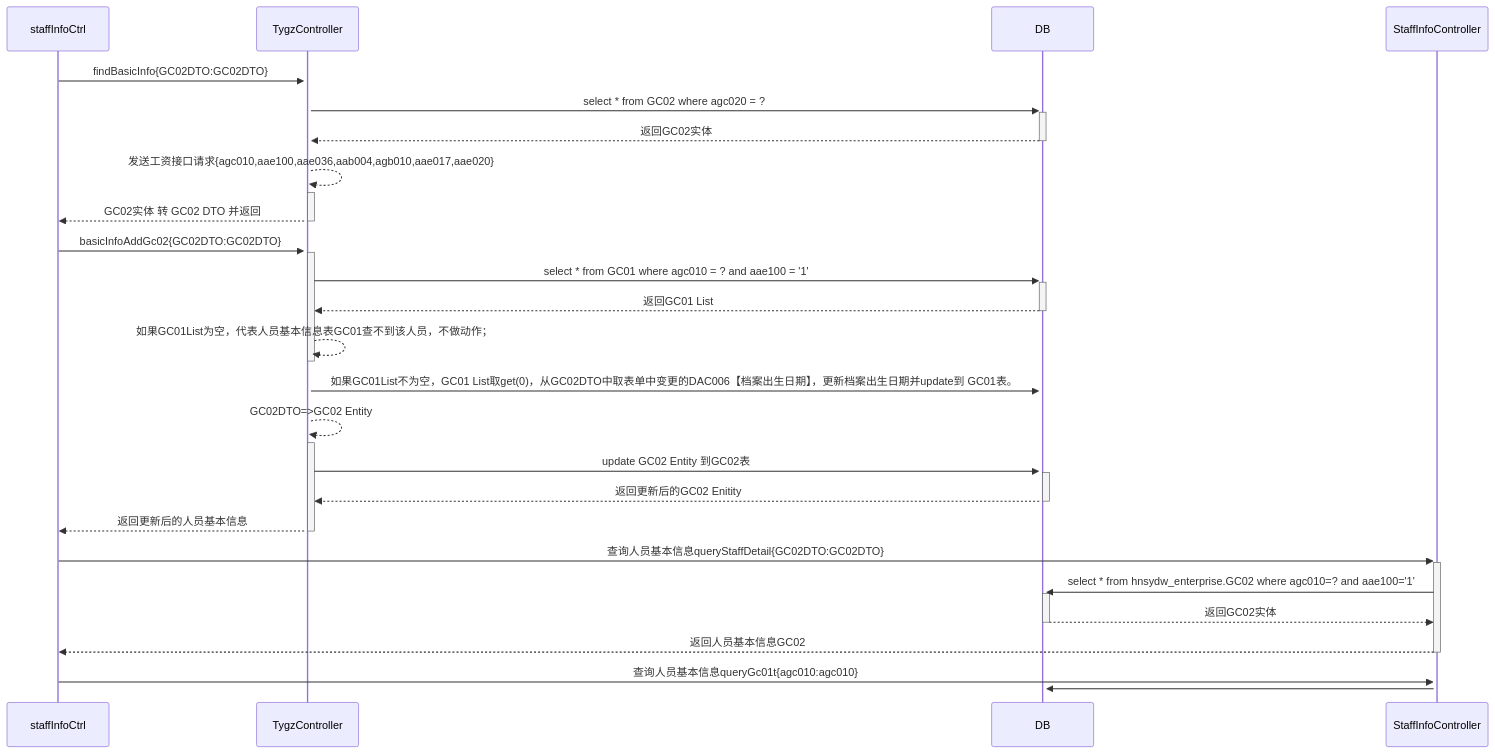
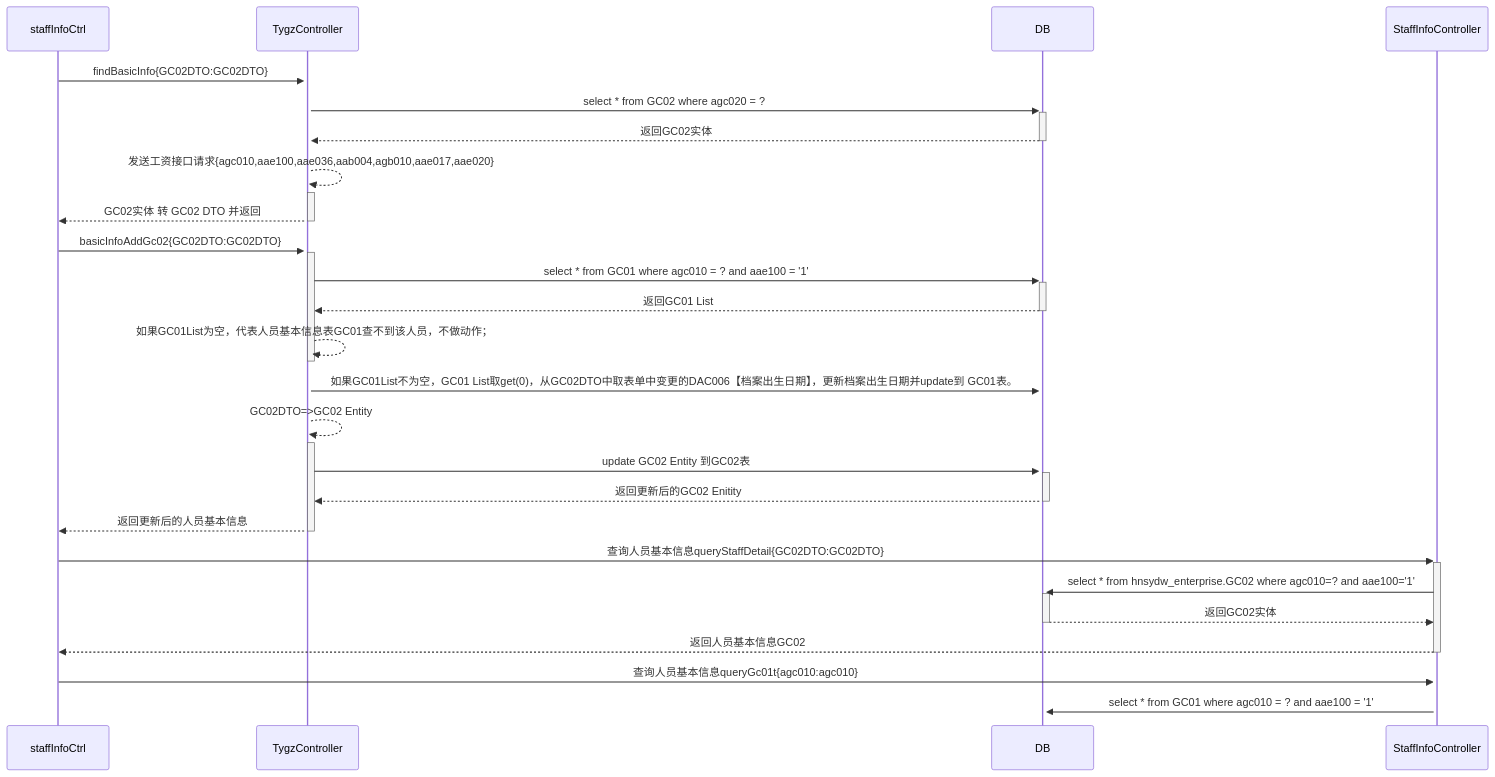
Before and after one commit to ZhangJianBeiJing/iodraw-files: the diagram in all/保存按钮调用业务流程.md, drawn with Mermaid.

Commit message:
2025-03-24 18:41:42 update

````diff
--- a/all/保存按钮调用业务流程.md
+++ b/all/保存按钮调用业务流程.md
@@ -1,25 +1,26 @@
 ```mermaid
 sequenceDiagram
     staffInfoCtrl->>+TygzController:findBasicInfo{GC02DTO:GC02DTO}
     TygzController->>+DB:select * from GC02 where agc020 = ?
     DB-->>-TygzController:返回GC02实体
     TygzController-->>+TygzController:发送工资接口请求{agc010,aae100,aae036,aab004,agb010,aae017,aae020}
     TygzController-->>-staffInfoCtrl:GC02实体 转 GC02 DTO 并返回
 
     staffInfoCtrl->>+TygzController:basicInfoAddGc02{GC02DTO:GC02DTO}
     TygzController->>+DB:select * from GC01 where agc010 = ? and aae100 = '1'
     DB-->>-TygzController:返回GC01 List
     TygzController-->>-TygzController:如果GC01List为空，代表人员基本信息表GC01查不到该人员，不做动作；
     TygzController->>+DB:如果GC01List不为空，GC01 List取get(0)，从GC02DTO中取表单中变更的DAC006【档案出生日期】，更新档案出生日期并update到 GC01表。
     TygzController-->>+TygzController:GC02DTO=>GC02 Entity
     TygzController->>+DB:update GC02 Entity 到GC02表
     DB-->>-TygzController:返回更新后的GC02 Enitity
     TygzController-->>-staffInfoCtrl:返回更新后的人员基本信息
 
     staffInfoCtrl->>+StaffInfoController:查询人员基本信息queryStaffDetail{GC02DTO:GC02DTO}
     StaffInfoController->>+DB:select * from hnsydw_enterprise.GC02 where agc010=? and aae100='1'
     DB-->>-StaffInfoController:返回GC02实体
     StaffInfoController-->>-staffInfoCtrl:返回人员基本信息GC02
     staffInfoCtrl->>+StaffInfoController:查询人员基本信息queryGc01t{agc010:agc010}
-    StaffInfoController->>+DB:
+    StaffInfoController->>+DB:select * from GC01 where agc010 = ? and aae100 = '1'
+    
 ```
````
